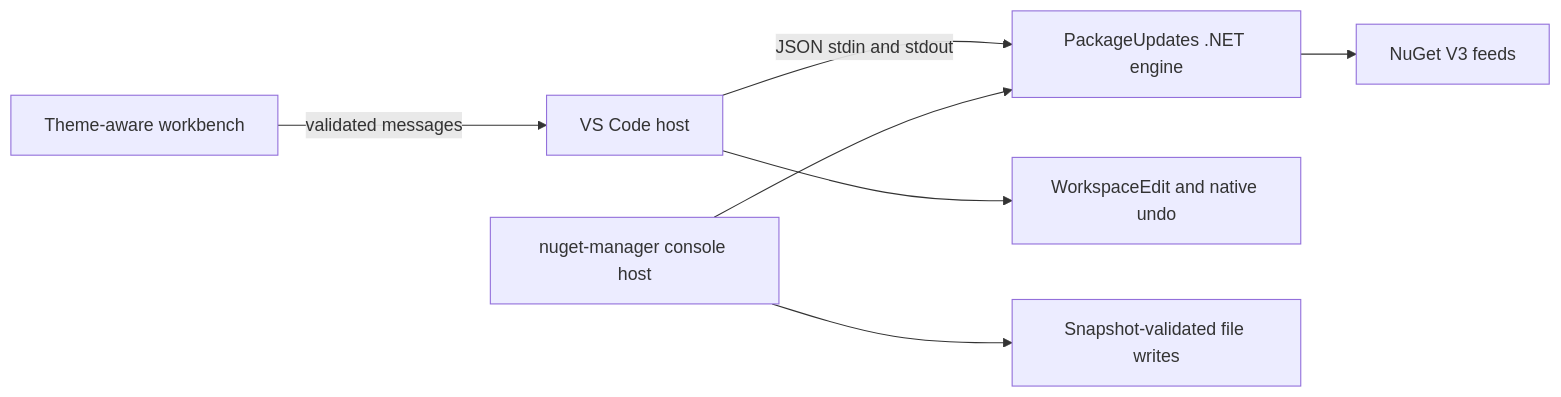
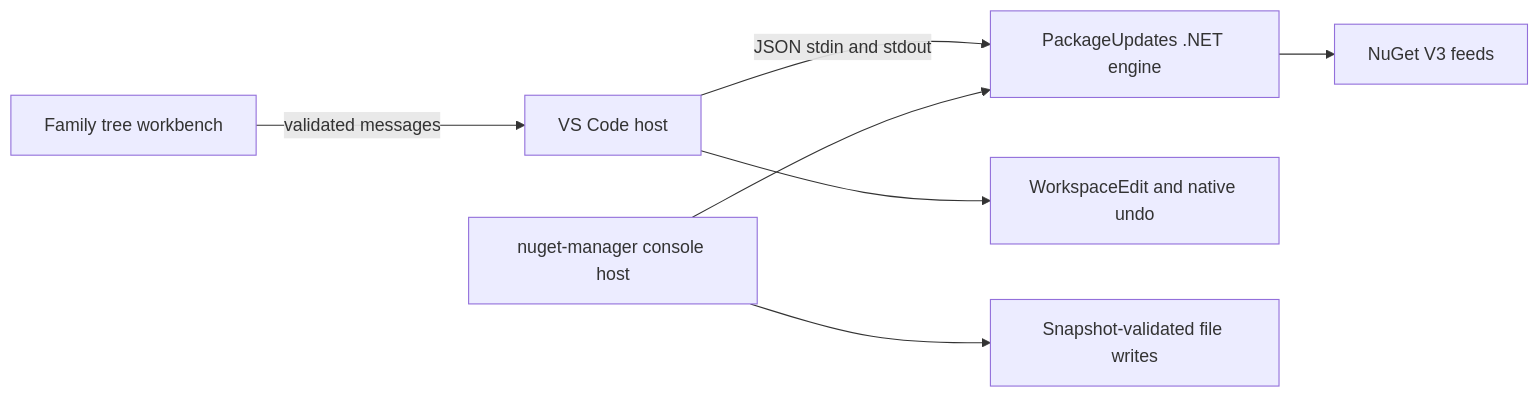
One commit to managedcode/NuGetPackageManager changed the diagram in docs/Architecture.md. Above: the diagram before and after it, drawn with Mermaid. The commit also changed other lines of this file and 51 other files, not shown here.

````diff
--- a/docs/Architecture.md
+++ b/docs/Architecture.md
@@ -5,9 +5,9 @@
 ```mermaid
 flowchart LR
-  UI[Theme-aware workbench] -->|validated messages| VS[VS Code host]
+  UI[Family tree workbench] -->|validated messages| VS[VS Code host]
   VS -->|JSON stdin and stdout| Engine[PackageUpdates .NET engine]
   CLI[nuget-manager console host] --> Engine
   Engine --> Feed[NuGet V3 feeds]
   VS --> Editor[WorkspaceEdit and native undo]
   CLI --> Files[Snapshot-validated file writes]
 ```
````
